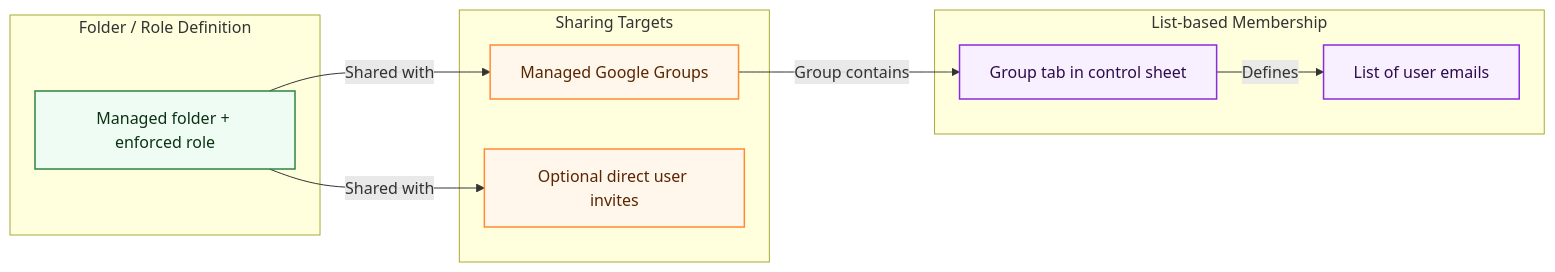
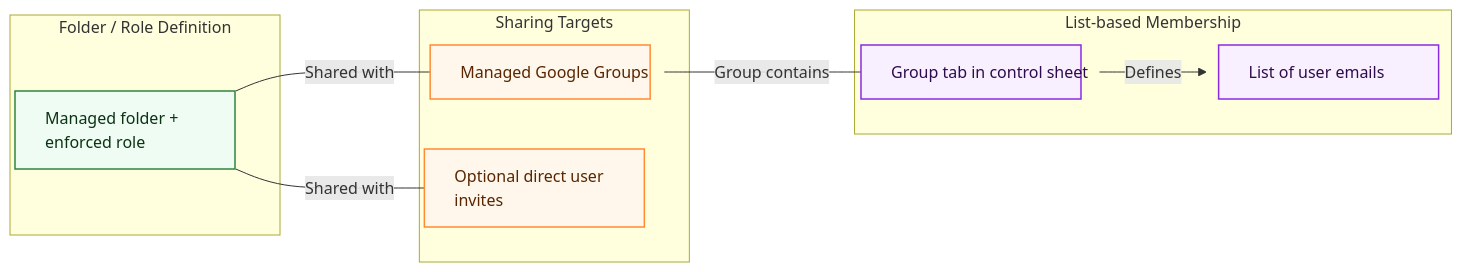
One commit to davidf9999/gdrive_permissions1 changed the second of 3 diagrams in docs/ARCHITECTURE_OVERVIEW.md. Above: the diagram before and after it, drawn with Mermaid. The commit also changed other lines of this file, not shown here.

Commit message:
docs: widen mermaid nodes

````diff
--- a/docs/ARCHITECTURE_OVERVIEW.md
+++ b/docs/ARCHITECTURE_OVERVIEW.md
@@ -84,26 +85,27 @@
 ```mermaid
+%% Wider nodes to prevent label truncation in GitHub's Mermaid renderer
 flowchart LR
   subgraph Definition[Folder / Role Definition]
     FR["Managed folder + enforced role"]
   end
   subgraph SharingTargets[Sharing Targets]
     Groups["Managed Google Groups"]
     Individuals["Optional direct user invites"]
   end
   subgraph Membership[List-based Membership]
     GroupSheet["Group tab in control sheet"]
     Users["List of user emails"]
   end
 
   FR -- "Shared with" --> Groups
   FR -- "Shared with" --> Individuals
   Groups -- "Group contains" --> GroupSheet
   GroupSheet -- "Defines" --> Users
-  classDef default fill:#f2f7ff,stroke:#335bff,stroke-width:1.5px,color:#0f1e4d;
+  classDef default fill:#f2f7ff,stroke:#335bff,stroke-width:1.5px,color:#0f1e4d,width:220px,text-align:left;
   classDef def fill:#eefcf3,stroke:#2e8540,stroke-width:1.5px,color:#0c3214;
   classDef targets fill:#fff7eb,stroke:#ff8b33,stroke-width:1.5px,color:#5a2500;
   classDef membership fill:#f9f0ff,stroke:#8a2be2,stroke-width:1.5px,color:#2e0b4d;
   class FR def;
   class Groups,Individuals targets;
   class GroupSheet,Users membership;
 ```
````
